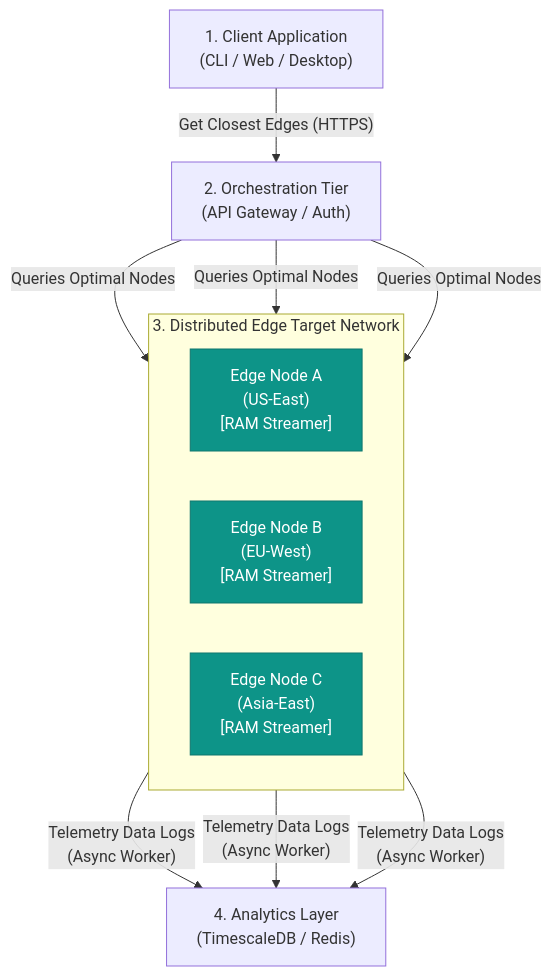
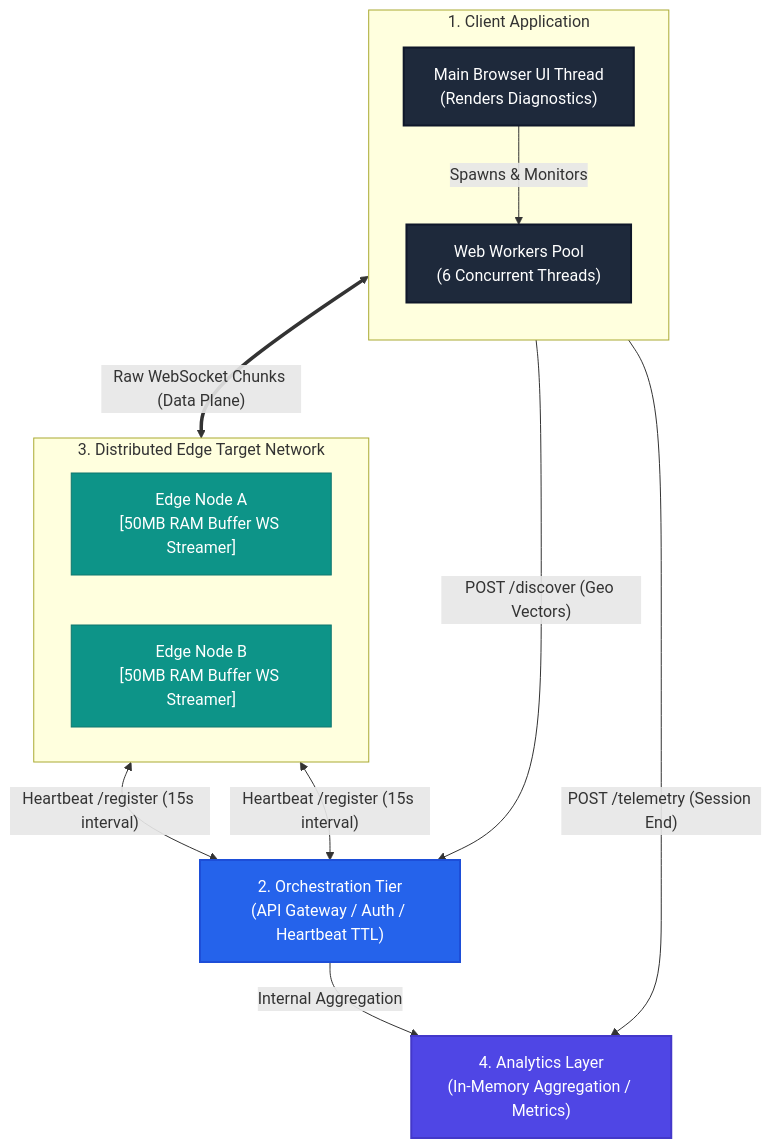
One commit to Forgata/nt-pulse changed the diagram in ARCHITECTURE.md. Above: the diagram before and after it, drawn with Mermaid. The commit also changed other lines of this file, not shown here.

Commit message:
docs: update architecture documentation for clarity and structure

````diff
--- a/ARCHITECTURE.md
+++ b/ARCHITECTURE.md
@@ -17,36 +19,41 @@
 ```mermaid
 flowchart TD
     %% Define Styles
     classDef clientStyle fill:#1e293b,color:#ffffff,stroke:#0f172a,stroke-width:2px;
     classDef orchStyle fill:#2563eb,color:#ffffff,stroke:#1d4ed8,stroke-width:2px;
     classDef edgeStyle fill:#0d9488,color:#ffffff,stroke:#0f766e,stroke-width:1px;
     classDef analyticsStyle fill:#4f46e5,color:#ffffff,stroke:#4338ca,stroke-width:2px;
 
     %% Tier 1
-    Client["1. Client Application<br/>(CLI / Web / Desktop)"]:::tierStyle
+    subgraph Tier1 ["1. Client Application"]
+        direction TB
+        UI["Main Browser UI Thread<br/>(Renders Diagnostics)"]:::clientStyle
+        Workers["Web Workers Pool<br/>(6 Concurrent Threads)"]:::clientStyle
+        UI -->|Spawns & Monitors| Workers
+    end
 
     %% Tier 2
-    Orchestration["2. Orchestration Tier<br/>(API Gateway / Auth)"]:::tierStyle
+    Orchestration["2. Orchestration Tier<br/>(API Gateway / Auth / Heartbeat TTL)"]:::orchStyle
 
     %% Tier 3 (Distributed Network)
     subgraph Tier3 ["3. Distributed Edge Target Network"]
         direction LR
-        NodeA["Edge Node A<br/>(US-East)<br/>[RAM Streamer]"]:::edgeStyle
-        NodeB["Edge Node B<br/>(EU-West)<br/>[RAM Streamer]"]:::edgeStyle
-        NodeC["Edge Node C<br/>(Asia-East)<br/>[RAM Streamer]"]:::edgeStyle
+        NodeA["Edge Node A<br/>[50MB RAM Buffer WS Streamer]"]:::edgeStyle
+        NodeB["Edge Node B<br/>[50MB RAM Buffer WS Streamer]"]:::edgeStyle
     end
 
     %% Tier 4
-    Analytics["4. Analytics Layer<br/>(TimescaleDB / Redis)"]:::tierStyle
+    Analytics["4. Analytics Layer<br/>(In-Memory Aggregation / Metrics)"]:::analyticsStyle
 
     %% Connections & Flow
-    Client -->|"Get Closest Edges (HTTPS)"| Orchestration
+    UI -->|"POST /discover (Geo Vectors)"| Orchestration
 
-    Orchestration -->|"Queries Optimal Nodes"| NodeA
-    Orchestration -->|"Queries Optimal Nodes"| NodeB
-    Orchestration -->|"Queries Optimal Nodes"| NodeC
+    NodeA <-->|"Heartbeat /register (15s interval)"| Orchestration
+    NodeB <-->|"Heartbeat /register (15s interval)"| Orchestration
 
-    NodeA -->|"Telemetry Data Logs<br/>(Async Worker)"| Analytics
-    NodeB -->|"Telemetry Data Logs<br/>(Async Worker)"| Analytics
-    NodeC -->|"Telemetry Data Logs<br/>(Async Worker)"| Analytics
+    Workers <==>|"Raw WebSocket Chunks (Data Plane)"| NodeA
+
+    UI -->|"POST /telemetry (Session End)"| Analytics
+    Orchestration -->|"Internal Aggregation"| Analytics
+
 ```
````
